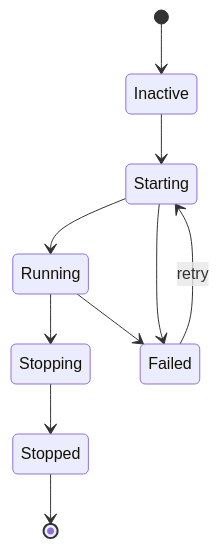
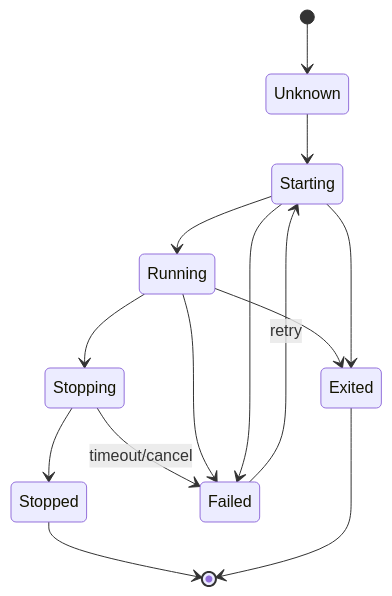
The second of 2 diagrams in de/guides/supervision.md (wippyai/docs), drawn with Mermaid before and after one commit. The commit also changed other lines of this file and 22 other files, not shown here.

````diff
--- a/de/guides/supervision.md
+++ b/de/guides/supervision.md
@@ -155,13 +154,17 @@
 ```mermaid
 stateDiagram-v2
-    [*] --> Inactive
-    Inactive --> Starting
+    [*] --> Unknown
+    Unknown --> Starting
     Starting --> Running
     Running --> Stopping
     Stopping --> Stopped
+    Stopping --> Failed : timeout/cancel
     Stopped --> [*]
 
     Running --> Failed
     Starting --> Failed
     Failed --> Starting : retry
+    Running --> Exited
+    Starting --> Exited
+    Exited --> [*]
 ```
````
